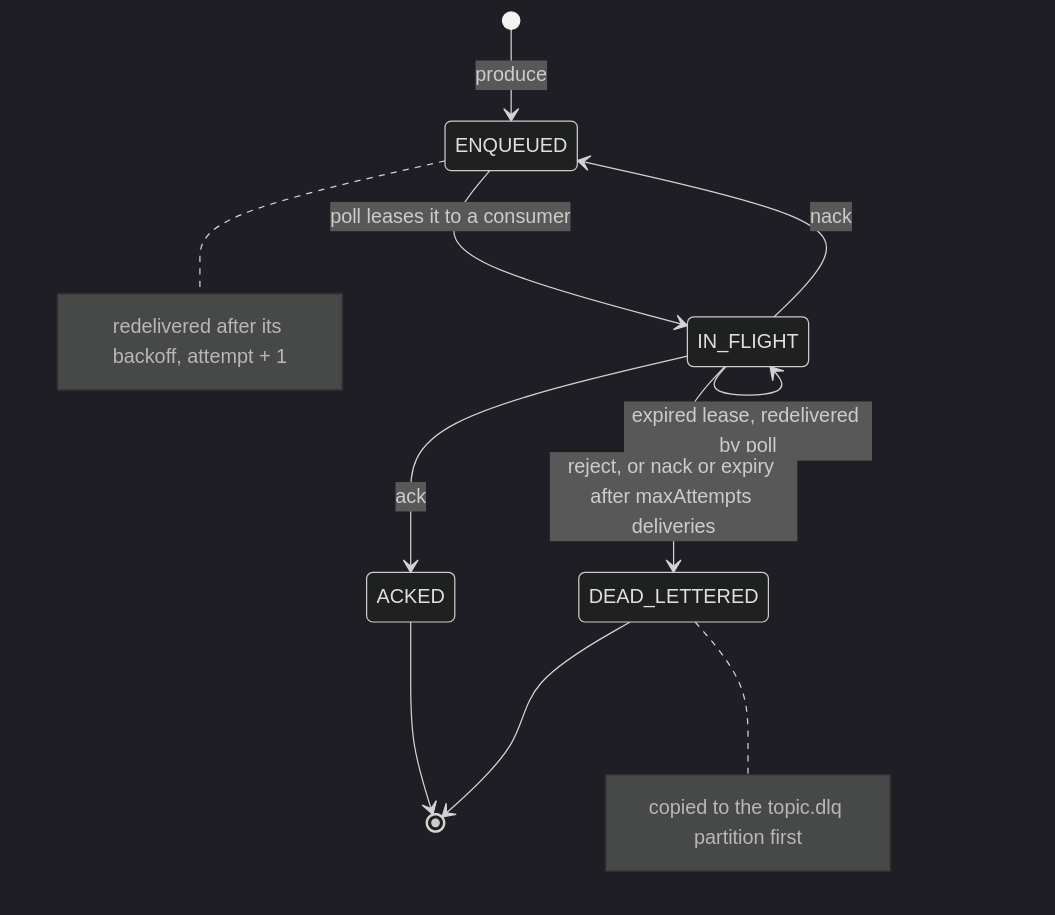
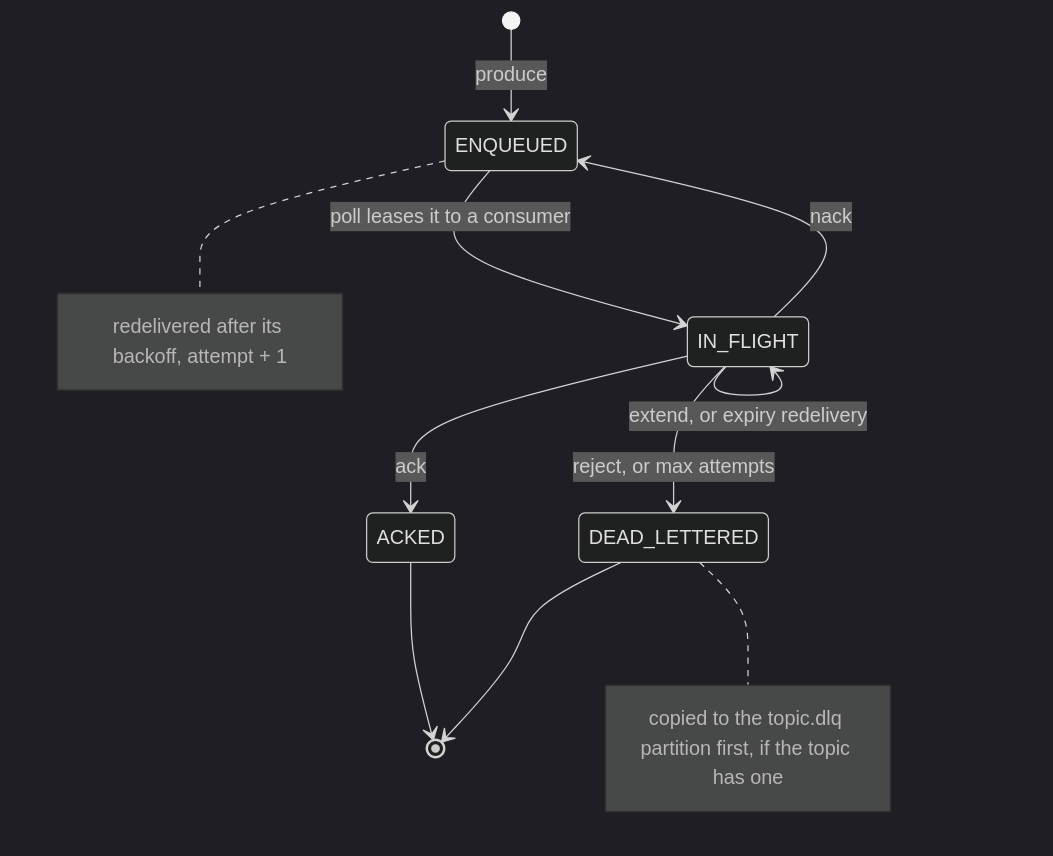
Before and after one commit to BlivionIaG/sjws_nettask: the first of 3 diagrams in docs/messaging/design.md, drawn with Mermaid (dark theme). The commit also changed other lines of this file and 2 other files, not shown here.

First line of the commit message:
docs: messaging and swarm diagrams as built

````diff
--- a/docs/messaging/design.md
+++ b/docs/messaging/design.md
@@ -26,14 +26,14 @@
 ```mermaid
 stateDiagram-v2
     [*] --> ENQUEUED: produce
     ENQUEUED --> IN_FLIGHT: poll leases it to a consumer
     IN_FLIGHT --> ACKED: ack
     IN_FLIGHT --> ENQUEUED: nack
-    IN_FLIGHT --> IN_FLIGHT: expired lease, redelivered by poll
-    IN_FLIGHT --> DEAD_LETTERED: reject, or nack or expiry after maxAttempts deliveries
+    IN_FLIGHT --> IN_FLIGHT: extend, or expiry redelivery
+    IN_FLIGHT --> DEAD_LETTERED: reject, or max attempts
     ACKED --> [*]
     DEAD_LETTERED --> [*]
 
     note right of ENQUEUED: redelivered after its backoff, attempt + 1
-    note right of DEAD_LETTERED: copied to the topic.dlq partition first
+    note right of DEAD_LETTERED: copied to the topic.dlq partition first, if the topic has one
 ```
````
